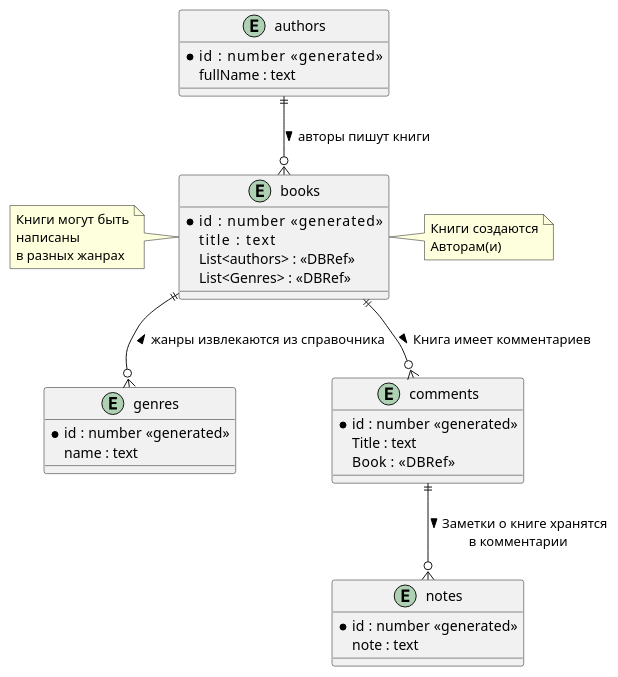
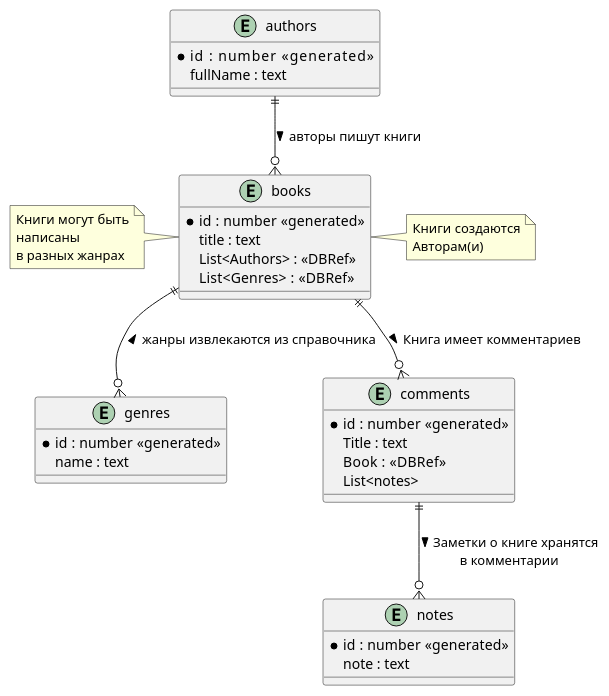
The diagram in SPRING-08/src/info/shema.puml (void2ptr/2023-09-otus-spring-Soloviev), drawn with PlantUML before and after one commit.

Commit message:
[SPRING-08]
- links:
ref-jira: [SPRING-08]

```diff
--- a/SPRING-08/src/info/shema.puml
+++ b/SPRING-08/src/info/shema.puml
@@ -1,48 +1,49 @@
 @startuml
 'https://plantuml.com/ie-diagram
 
 entity authors {
     *id       : number <<generated>>
     fullName : text
 }
 
 entity books {
-   *id       : number <<generated>>
-   title     : text
-   List<authors> : <<DBRef>>
-   List<Genres> : <<DBRef>>
+   *id  : number <<generated>>
+   title : text
+   List<Authors> : <<DBRef>>
+   List<Genres>  : <<DBRef>>
 }
 
 entity genres {
     *id  : number <<generated>>
     name : text
 }
 
 entity comments {
     *id  : number <<generated>>
     Title : text
     Book  : <<DBRef>>
+    List<notes>
 }
 
 entity notes {
     *id  : number <<generated>>
     note : text
 }
 
 authors    ||--o{ books    : > авторы пишут книги
 books      ||--o{ genres   : < жанры извлекаются из справочника
 books      ||--o{ comments : > Книга имеет комментариев
 comments   ||--o{ notes    : > Заметки о книге хранятся \nв комментарии
 
 note left of books
 Книги могут быть
 написаны
 в разных жанрах
 end note
 
 note right of books
 Книги создаются
 Авторам(и)
 end note
 
 @enduml
```
